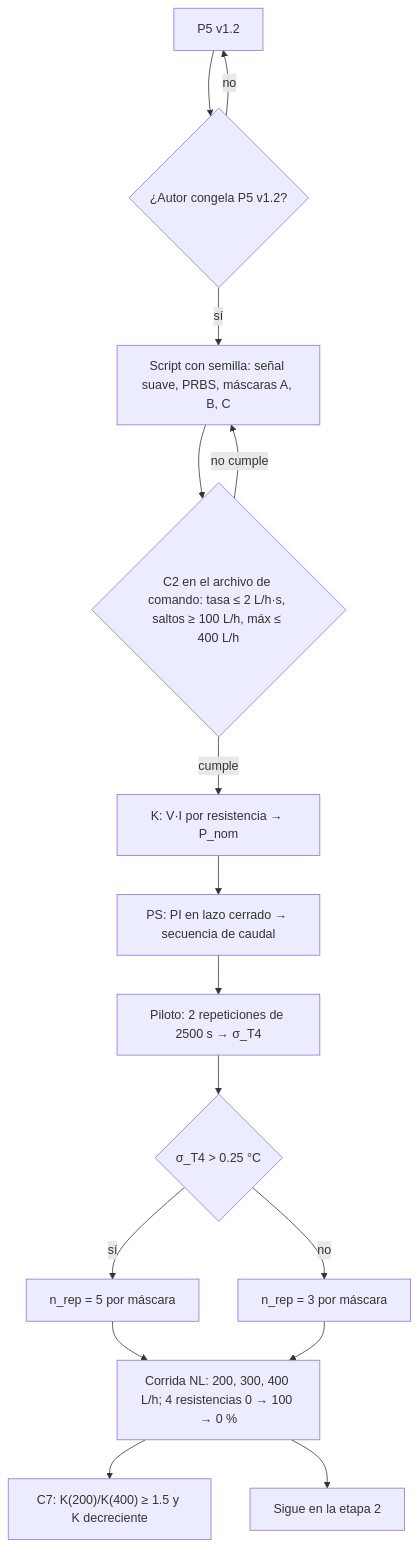
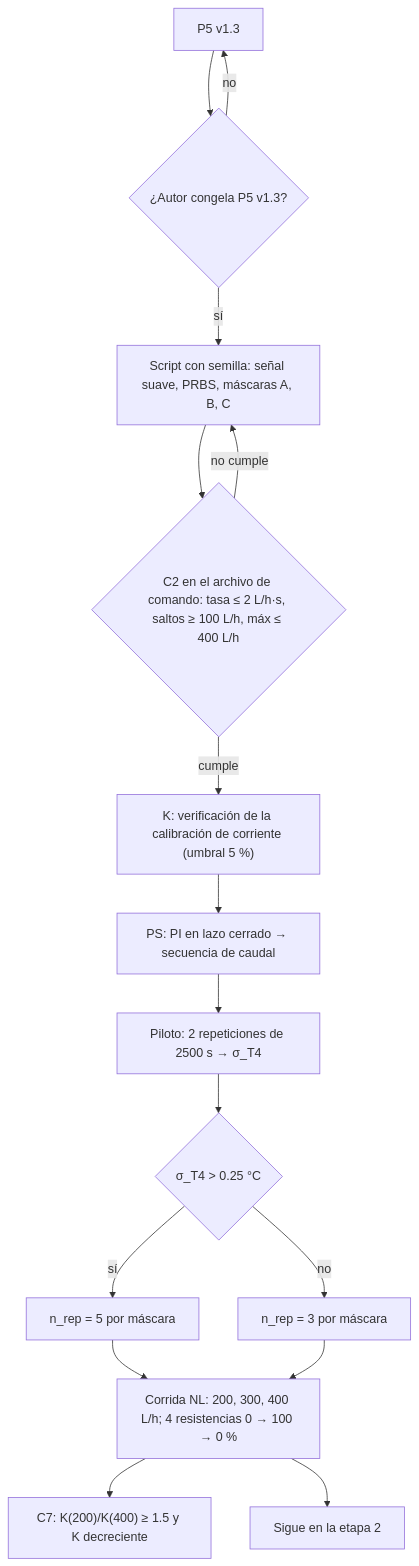
One commit to jesusmanuel1985/articulo-mod-ident-datos changed the first of 5 diagrams in P5_Diagrama_borrador.md. Above: the diagram before and after it, drawn with Mermaid. The commit also changed other lines of this file and 18 other files, not shown here.

````diff
--- a/P5_Diagrama_borrador.md
+++ b/P5_Diagrama_borrador.md
@@ -11,18 +11,18 @@
 ```mermaid
 flowchart TD
-  A["P5 v1.2"] --> FZ{"¿Autor congela P5 v1.2?"}
+  A["P5 v1.3"] --> FZ{"¿Autor congela P5 v1.3?"}
   FZ -- "no" --> A
   FZ -- "sí" --> SC["Script con semilla: señal suave, PRBS, máscaras A, B, C"]
   SC --> C2{"C2 en el archivo de comando: tasa ≤ 2 L/h·s, saltos ≥ 100 L/h, máx ≤ 400 L/h"}
   C2 -- "no cumple" --> SC
-  C2 -- "cumple" --> K["K: V·I por resistencia → P_nom"]
+  C2 -- "cumple" --> K["K: verificación de la calibración de corriente (umbral 5 %)"]
   K --> PS["PS: PI en lazo cerrado → secuencia de caudal"]
   PS --> P["Piloto: 2 repeticiones de 2500 s → σ_T4"]
   P --> NR{"σ_T4 > 0.25 °C"}
   NR -- "sí" --> N5["n_rep = 5 por máscara"]
   NR -- "no" --> N3["n_rep = 3 por máscara"]
   N5 --> NL["Corrida NL: 200, 300, 400 L/h; 4 resistencias 0 → 100 → 0 %"]
   N3 --> NL
   NL --> C7["C7: K(200)/K(400) ≥ 1.5 y K decreciente"]
   NL --> SIG["Sigue en la etapa 2"]
 ```
````
